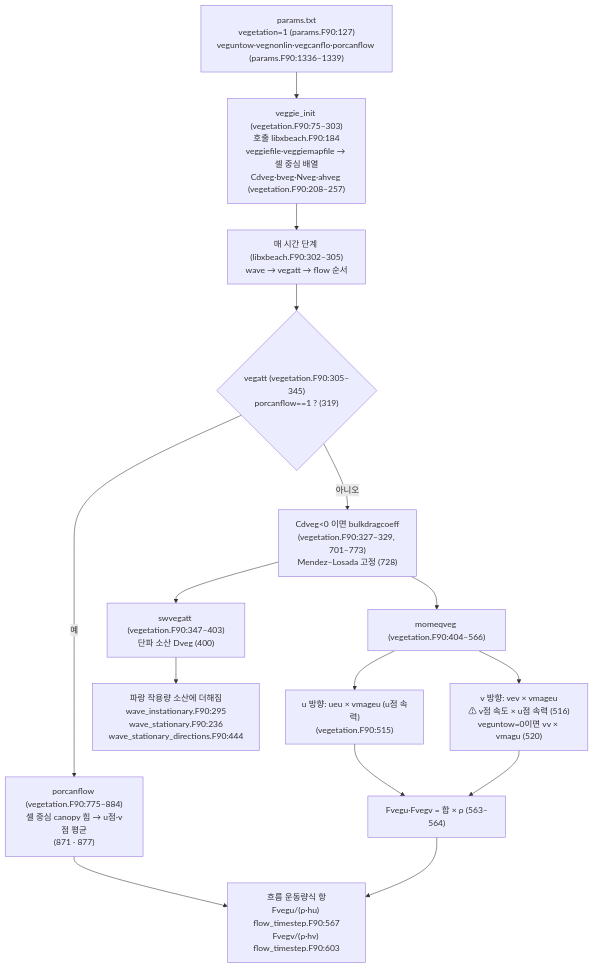
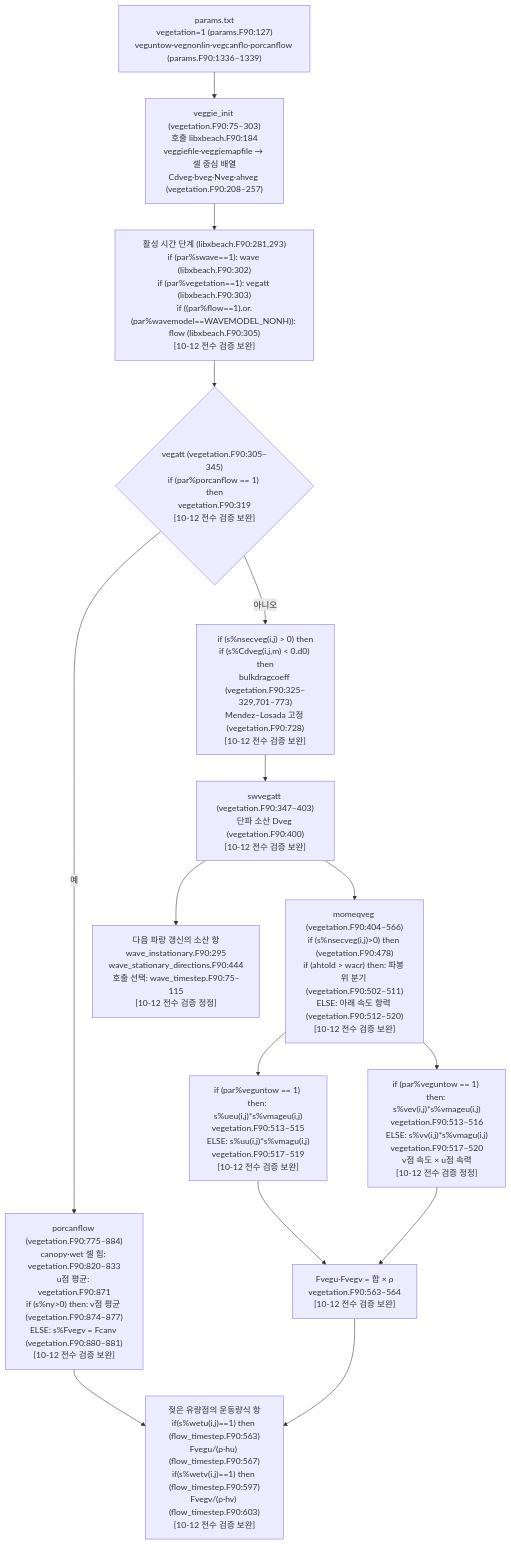
Before and after one commit to firesinger82/coastal-wiki: the diagram in models/XBeach/source-analysis/xbeach_vegetation.md, drawn with Mermaid. The commit also changed other lines of this file and 119 other files, not shown here.

````diff
--- a/models/XBeach/source-analysis/xbeach_vegetation.md
+++ b/models/XBeach/source-analysis/xbeach_vegetation.md
@@ -39,24 +40,27 @@
 ```mermaid
 flowchart TD
   P["params.txt<br/>vegetation=1 (params.F90:127)<br/>veguntow·vegnonlin·vegcanflo·porcanflow (params.F90:1336–1339)"]
   I["veggie_init (vegetation.F90:75–303)<br/>호출 libxbeach.F90:184<br/>veggiefile·veggiemapfile → 셀 중심 배열<br/>Cdveg·bveg·Nveg·ahveg (vegetation.F90:208–257)"]
-  L["매 시간 단계 (libxbeach.F90:302–305)<br/>wave → vegatt → flow 순서"]
-  V{"vegatt (vegetation.F90:305–345)<br/>porcanflow==1 ? (319)"}
-  C["porcanflow (vegetation.F90:775–884)<br/>셀 중심 canopy 힘 → u점·v점 평균<br/>(871 · 877)"]
-  B["Cdveg&lt;0 이면 bulkdragcoeff<br/>(vegetation.F90:327–329, 701–773)<br/>Mendez–Losada 고정 (728)"]
-  S["swvegatt (vegetation.F90:347–403)<br/>단파 소산 Dveg (400)"]
-  W["파랑 작용량 소산에 더해짐<br/>wave_instationary.F90:295<br/>wave_stationary.F90:236<br/>wave_stationary_directions.F90:444"]
-  M["momeqveg (vegetation.F90:404–566)"]
-  U["u 방향: ueu × vmageu (u점 속력)<br/>(vegetation.F90:515)"]
-  VV["v 방향: vev × vmageu<br/>⚠ v점 속도 × u점 속력 (516)<br/>veguntow=0이면 vv × vmagu (520)"]
-  F["Fvegu·Fvegv = 합 × ρ (563–564)"]
-  FL["흐름 운동량식 항<br/>Fvegu/(ρ·hu) flow_timestep.F90:567<br/>Fvegv/(ρ·hv) flow_timestep.F90:603"]
+  L["활성 시간 단계 (libxbeach.F90:281,293)<br/>if (par%swave==1): wave (libxbeach.F90:302)<br/>if (par%vegetation==1): vegatt (libxbeach.F90:303)<br/>if ((par%flow==1).or.(par%wavemodel==WAVEMODEL_NONH)): flow (libxbeach.F90:305)<br/>[10-12 전수 검증 보완]"]
+  V{"vegatt (vegetation.F90:305–345)<br/>if (par%porcanflow == 1) then<br/>vegetation.F90:319<br/>[10-12 전수 검증 보완]"}
+  C["porcanflow (vegetation.F90:775–884)<br/>canopy·wet 셀 힘: vegetation.F90:820–833<br/>u점 평균: vegetation.F90:871<br/>if (s%ny&gt;0) then: v점 평균 (vegetation.F90:874–877)<br/>ELSE: s%Fvegv = Fcanv (vegetation.F90:880–881)<br/>[10-12 전수 검증 보완]"]
+  %% `vegetation.F90:820` `! only compute canopy flow force if there is vegetation with canopy flow and it's a wet cell`; `vegetation.F90:821` `if (s%isCanopy(i,j)==1 .and. s%wetz(i,j)==1) then`. [10-12 전수 검증 보완]
+  B["if (s%nsecveg(i,j) &gt; 0) then<br/>if (s%Cdveg(i,j,m) &lt; 0.d0) then<br/>bulkdragcoeff (vegetation.F90:325–329,701–773)<br/>Mendez–Losada 고정 (vegetation.F90:728)<br/>[10-12 전수 검증 보완]"]
+  S["swvegatt (vegetation.F90:347–403)<br/>단파 소산 Dveg (vegetation.F90:400)<br/>[10-12 전수 검증 보완]"]
+  W["다음 파랑 갱신의 소산 항<br/>wave_instationary.F90:295<br/>wave_stationary_directions.F90:444<br/>호출 선택: wave_timestep.F90:75–115<br/>[10-12 전수 검증 정정]"]
+  %% 구 wave_stationary.F90:236은 현 wave 호출부의 실행 경로가 아니다. wave_timestep.F90:38 `!use wave_stationary_module`. [10-12 전수 검증 정정]
+  M["momeqveg (vegetation.F90:404–566)<br/>if (s%nsecveg(i,j)&gt;0) then (vegetation.F90:478)<br/>if (ahtold &gt; wacr) then: 파봉 위 분기 (vegetation.F90:502–511)<br/>ELSE: 아래 속도 항력 (vegetation.F90:512–520)<br/>[10-12 전수 검증 보완]"]
+  U["if (par%veguntow == 1) then: s%ueu(i,j)*s%vmageu(i,j)<br/>vegetation.F90:513–515<br/>ELSE: s%uu(i,j)*s%vmagu(i,j)<br/>vegetation.F90:517–519<br/>[10-12 전수 검증 보완]"]
+  VV["if (par%veguntow == 1) then: s%vev(i,j)*s%vmageu(i,j)<br/>vegetation.F90:513–516<br/>ELSE: s%vv(i,j)*s%vmagu(i,j)<br/>vegetation.F90:517–520<br/>v점 속도 × u점 속력<br/>[10-12 전수 검증 정정]"]
+  F["Fvegu·Fvegv = 합 × ρ<br/>vegetation.F90:563–564<br/>[10-12 전수 검증 보완]"]
+  FL["젖은 유량점의 운동량식 항<br/>if(s%wetu(i,j)==1) then (flow_timestep.F90:563)<br/>Fvegu/(ρ·hu) (flow_timestep.F90:567)<br/>if(s%wetv(i,j)==1) then (flow_timestep.F90:597)<br/>Fvegv/(ρ·hv) (flow_timestep.F90:603)<br/>[10-12 전수 검증 보완]"]
 
   P --> I --> L --> V
   V -- "예" --> C --> FL
   V -- "아니오" --> B --> S --> W
-  B --> M
+  S --> M
+  %% `vegetation.F90:339` `call swvegatt(s,par)`; `vegetation.F90:342` `call momeqveg(s,par)`. [10-12 전수 검증 정정]
   M --> U --> F
   M --> VV --> F
   F --> FL
 ```
````
